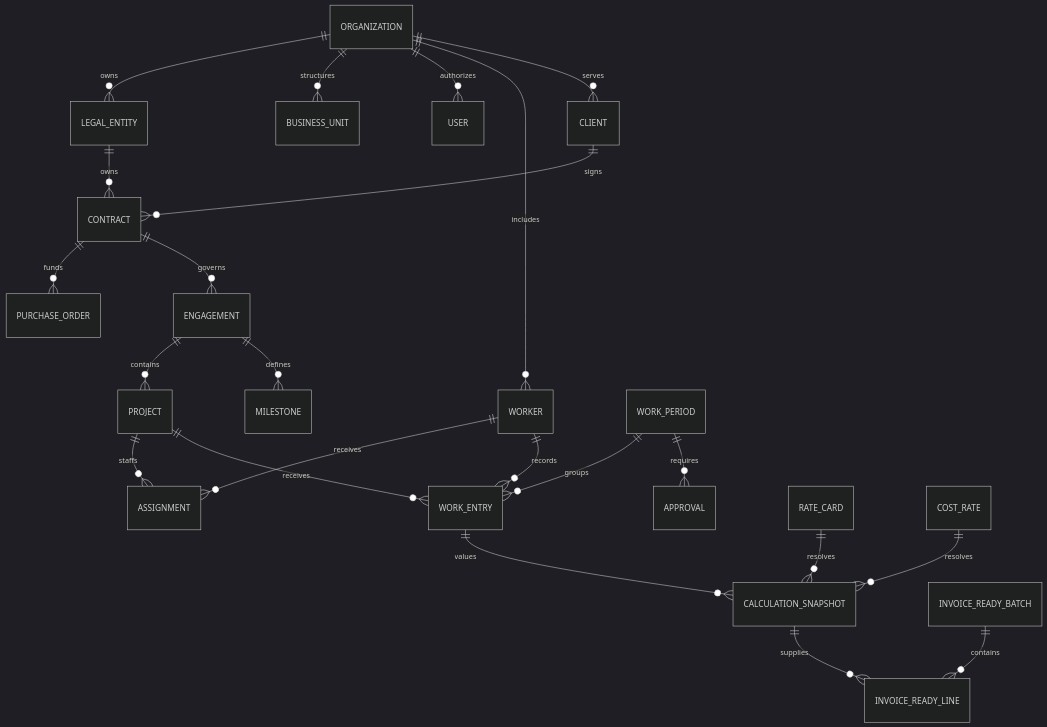
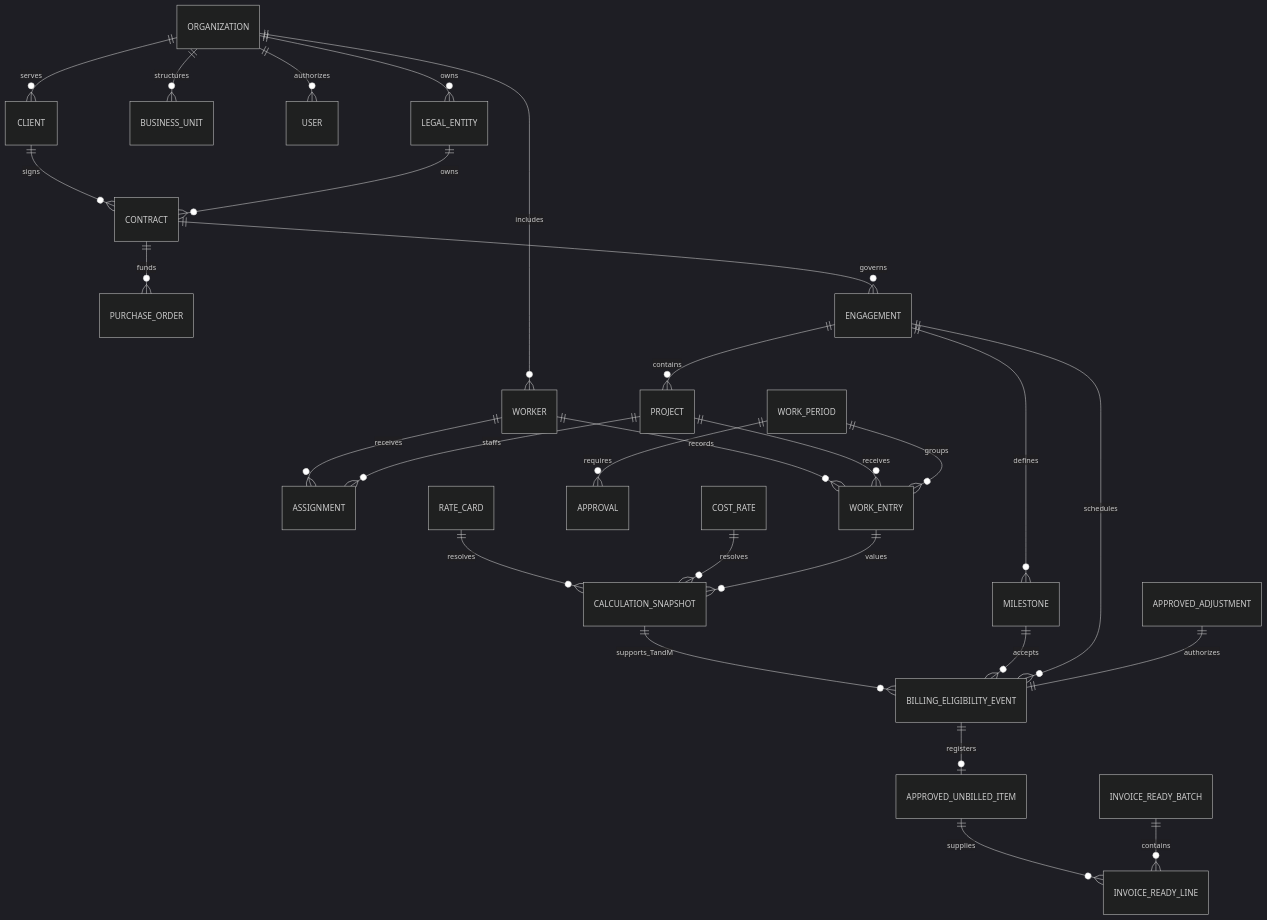
Before and after one commit to APReddy-AutoBotz/WorkOS: the diagram in docs/02-architecture/DOMAIN_MODEL.md, drawn with Mermaid (dark theme). The commit also changed other lines of this file, not shown here.

Commit message:
docs: route commercial snapshots through billing eligibility

````diff
--- a/docs/02-architecture/DOMAIN_MODEL.md
+++ b/docs/02-architecture/DOMAIN_MODEL.md
@@ -9,25 +9,30 @@
 ```mermaid
 erDiagram
     ORGANIZATION ||--o{ LEGAL_ENTITY : owns
     ORGANIZATION ||--o{ BUSINESS_UNIT : structures
     ORGANIZATION ||--o{ USER : authorizes
     ORGANIZATION ||--o{ WORKER : includes
     ORGANIZATION ||--o{ CLIENT : serves
     CLIENT ||--o{ CONTRACT : signs
     LEGAL_ENTITY ||--o{ CONTRACT : owns
     CONTRACT ||--o{ PURCHASE_ORDER : funds
     CONTRACT ||--o{ ENGAGEMENT : governs
     ENGAGEMENT ||--o{ PROJECT : contains
     ENGAGEMENT ||--o{ MILESTONE : defines
     WORKER ||--o{ ASSIGNMENT : receives
     PROJECT ||--o{ ASSIGNMENT : staffs
     WORKER ||--o{ WORK_ENTRY : records
     PROJECT ||--o{ WORK_ENTRY : receives
     WORK_PERIOD ||--o{ WORK_ENTRY : groups
     WORK_PERIOD ||--o{ APPROVAL : requires
     RATE_CARD ||--o{ CALCULATION_SNAPSHOT : resolves
     COST_RATE ||--o{ CALCULATION_SNAPSHOT : resolves
     WORK_ENTRY ||--o{ CALCULATION_SNAPSHOT : values
-    CALCULATION_SNAPSHOT ||--o{ INVOICE_READY_LINE : supplies
+    CALCULATION_SNAPSHOT ||--o{ BILLING_ELIGIBILITY_EVENT : supports_TandM
+    MILESTONE ||--o{ BILLING_ELIGIBILITY_EVENT : accepts
+    ENGAGEMENT ||--o{ BILLING_ELIGIBILITY_EVENT : schedules
+    APPROVED_ADJUSTMENT ||--|| BILLING_ELIGIBILITY_EVENT : authorizes
+    BILLING_ELIGIBILITY_EVENT ||--o| APPROVED_UNBILLED_ITEM : registers
+    APPROVED_UNBILLED_ITEM ||--o{ INVOICE_READY_LINE : supplies
     INVOICE_READY_BATCH ||--o{ INVOICE_READY_LINE : contains
 ```
````
